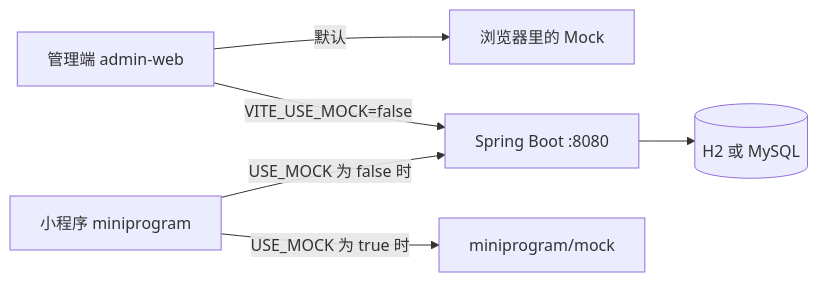
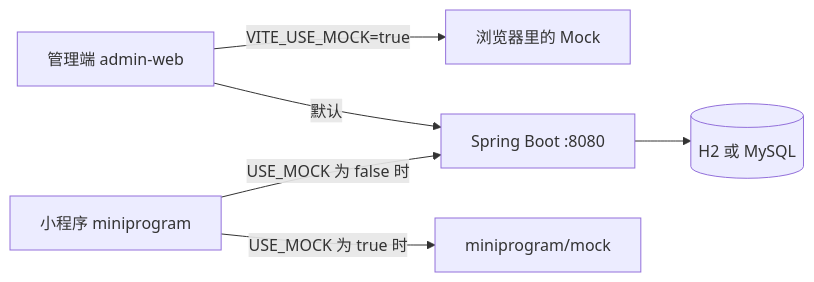
Before and after one commit to yicihou/zhongbang_controller: the first of 3 diagrams in docs/05-代码导读（初学者版）.md, drawn with Mermaid. The commit also changed other lines of this file and 108 other files, not shown here.

````diff
--- a/docs/05-代码导读（初学者版）.md
+++ b/docs/05-代码导读（初学者版）.md
@@ -23,14 +23,14 @@
 ```mermaid
 flowchart LR
   mini[小程序 miniprogram]
   web[管理端 admin-web]
   mock[浏览器里的 Mock]
   api[Spring Boot :8080]
   db[(H2 或 MySQL)]
 
   mini -->|USE_MOCK 为 false 时| api
   mini -->|USE_MOCK 为 true 时| miniMock[miniprogram/mock]
-  web -->|默认| mock
-  web -->|VITE_USE_MOCK=false| api
+  web -->|VITE_USE_MOCK=true| mock
+  web -->|默认| api
   api --> db
 ```
````
